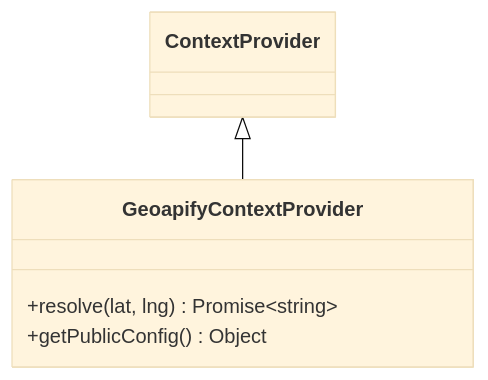
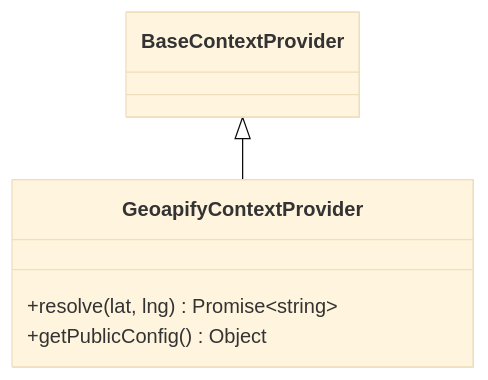
One commit to DrMarcoGilardi/BRANI-360 changed the sixth of 36 diagrams in docs/SERVER_DOCS.md. Above: the diagram before and after it, drawn with Mermaid (base theme). The commit also changed other lines of this file and 2 other files, not shown here.

````diff
--- a/docs/SERVER_DOCS.md
+++ b/docs/SERVER_DOCS.md
@@ -115,8 +115,8 @@
 ```mermaid
 classDiagram
-ContextProvider <|-- GeoapifyContextProvider
+BaseContextProvider <|-- GeoapifyContextProvider
 class GeoapifyContextProvider{
 +resolve(lat, lng) Promise~string~
 +getPublicConfig() Object
 }
 ```
````
